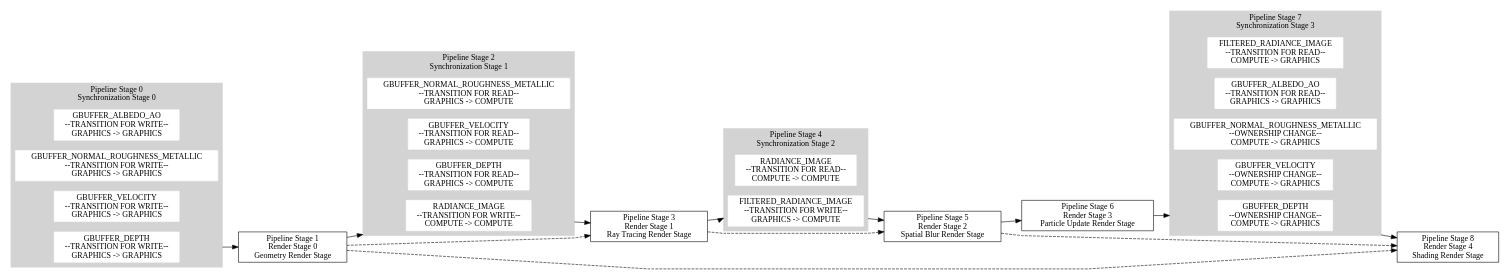
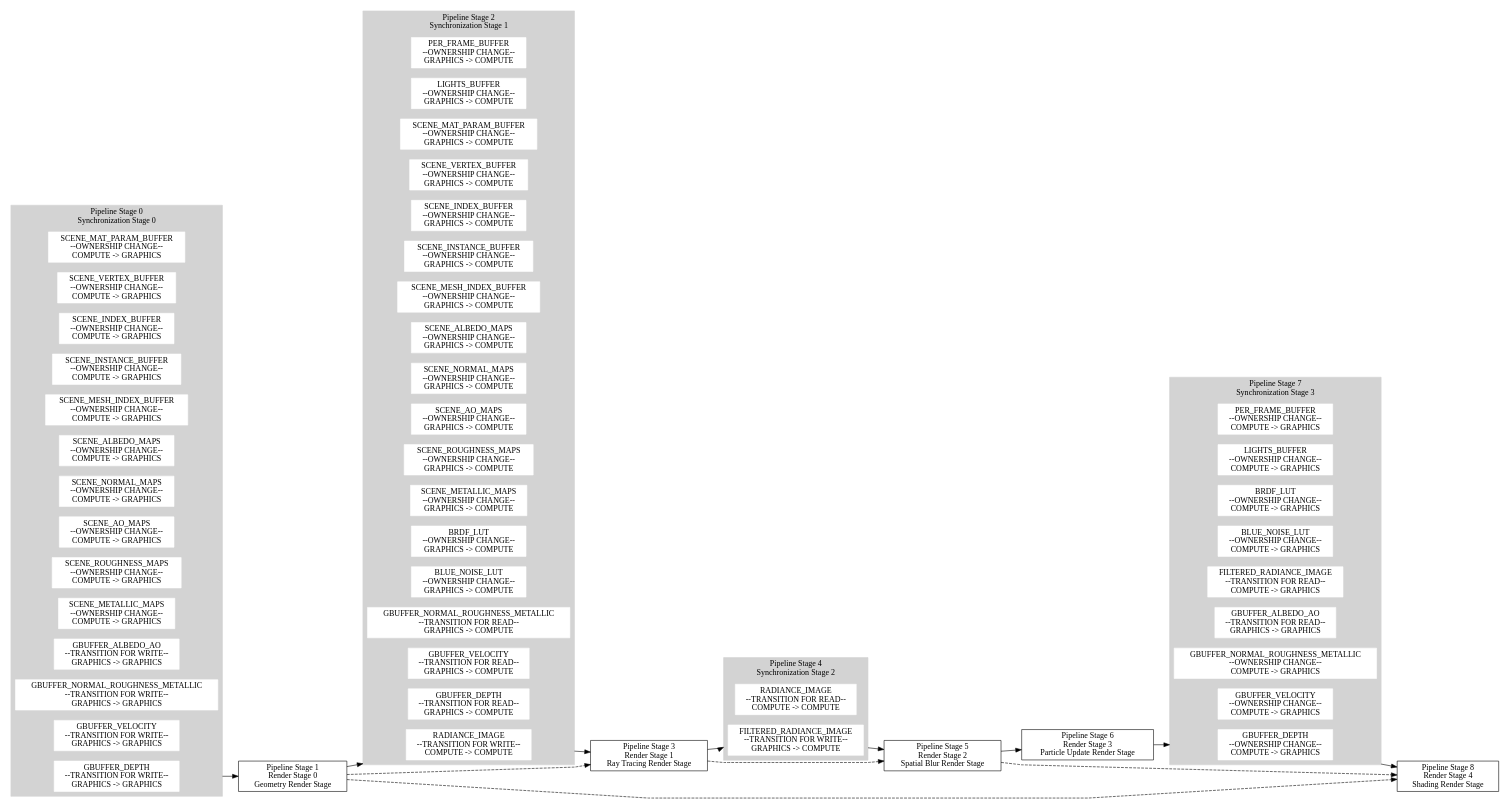
Before and after one commit to IbexOmega/CrazyCanvas: the diagram in Sandbox/rs_ord_test_render_graph.dot, drawn with Graphviz. The commit also changed 9 other files, not shown here.

```diff
--- a/Sandbox/rs_ord_test_render_graph.dot
+++ b/Sandbox/rs_ord_test_render_graph.dot
@@ -1,61 +1,89 @@
 digraph G {
 compound=true;
 	rankdir = LR;
 	splines=polyline
 	subgraph cluster0{
 		node [style=filled,color=white];
 		style = filled;
 		color = lightgrey;
 		label = "Pipeline Stage 0\nSynchronization Stage 0";
-		as0 [shape=box,label="GBUFFER_ALBEDO_AO\n--TRANSITION FOR WRITE--\nGRAPHICS -> GRAPHICS"];
-		as1 [shape=box,label="GBUFFER_NORMAL_ROUGHNESS_METALLIC\n--TRANSITION FOR WRITE--\nGRAPHICS -> GRAPHICS"];
-		as2 [shape=box,label="GBUFFER_VELOCITY\n--TRANSITION FOR WRITE--\nGRAPHICS -> GRAPHICS"];
-		as3 [shape=box,label="GBUFFER_DEPTH\n--TRANSITION FOR WRITE--\nGRAPHICS -> GRAPHICS"];
+		as0 [shape=box,label="SCENE_MAT_PARAM_BUFFER\n--OWNERSHIP CHANGE--\nCOMPUTE -> GRAPHICS"];
+		as1 [shape=box,label="SCENE_VERTEX_BUFFER\n--OWNERSHIP CHANGE--\nCOMPUTE -> GRAPHICS"];
+		as2 [shape=box,label="SCENE_INDEX_BUFFER\n--OWNERSHIP CHANGE--\nCOMPUTE -> GRAPHICS"];
+		as3 [shape=box,label="SCENE_INSTANCE_BUFFER\n--OWNERSHIP CHANGE--\nCOMPUTE -> GRAPHICS"];
+		as4 [shape=box,label="SCENE_MESH_INDEX_BUFFER\n--OWNERSHIP CHANGE--\nCOMPUTE -> GRAPHICS"];
+		as5 [shape=box,label="SCENE_ALBEDO_MAPS\n--OWNERSHIP CHANGE--\nCOMPUTE -> GRAPHICS"];
+		as6 [shape=box,label="SCENE_NORMAL_MAPS\n--OWNERSHIP CHANGE--\nCOMPUTE -> GRAPHICS"];
+		as7 [shape=box,label="SCENE_AO_MAPS\n--OWNERSHIP CHANGE--\nCOMPUTE -> GRAPHICS"];
+		as8 [shape=box,label="SCENE_ROUGHNESS_MAPS\n--OWNERSHIP CHANGE--\nCOMPUTE -> GRAPHICS"];
+		as9 [shape=box,label="SCENE_METALLIC_MAPS\n--OWNERSHIP CHANGE--\nCOMPUTE -> GRAPHICS"];
+		as10 [shape=box,label="GBUFFER_ALBEDO_AO\n--TRANSITION FOR WRITE--\nGRAPHICS -> GRAPHICS"];
+		as11 [shape=box,label="GBUFFER_NORMAL_ROUGHNESS_METALLIC\n--TRANSITION FOR WRITE--\nGRAPHICS -> GRAPHICS"];
+		as12 [shape=box,label="GBUFFER_VELOCITY\n--TRANSITION FOR WRITE--\nGRAPHICS -> GRAPHICS"];
+		as13 [shape=box,label="GBUFFER_DEPTH\n--TRANSITION FOR WRITE--\nGRAPHICS -> GRAPHICS"];
 	}
 	rs0 [shape = box, label = "Pipeline Stage 1\nRender Stage 0\nGeometry Render Stage"];
 	subgraph cluster1{
 		node [style=filled,color=white];
 		style = filled;
 		color = lightgrey;
 		label = "Pipeline Stage 2\nSynchronization Stage 1";
-		as4 [shape=box,label="GBUFFER_NORMAL_ROUGHNESS_METALLIC\n--TRANSITION FOR READ--\nGRAPHICS -> COMPUTE"];
-		as5 [shape=box,label="GBUFFER_VELOCITY\n--TRANSITION FOR READ--\nGRAPHICS -> COMPUTE"];
-		as6 [shape=box,label="GBUFFER_DEPTH\n--TRANSITION FOR READ--\nGRAPHICS -> COMPUTE"];
-		as7 [shape=box,label="RADIANCE_IMAGE\n--TRANSITION FOR WRITE--\nCOMPUTE -> COMPUTE"];
+		as14 [shape=box,label="PER_FRAME_BUFFER\n--OWNERSHIP CHANGE--\nGRAPHICS -> COMPUTE"];
+		as15 [shape=box,label="LIGHTS_BUFFER\n--OWNERSHIP CHANGE--\nGRAPHICS -> COMPUTE"];
+		as16 [shape=box,label="SCENE_MAT_PARAM_BUFFER\n--OWNERSHIP CHANGE--\nGRAPHICS -> COMPUTE"];
+		as17 [shape=box,label="SCENE_VERTEX_BUFFER\n--OWNERSHIP CHANGE--\nGRAPHICS -> COMPUTE"];
+		as18 [shape=box,label="SCENE_INDEX_BUFFER\n--OWNERSHIP CHANGE--\nGRAPHICS -> COMPUTE"];
+		as19 [shape=box,label="SCENE_INSTANCE_BUFFER\n--OWNERSHIP CHANGE--\nGRAPHICS -> COMPUTE"];
+		as20 [shape=box,label="SCENE_MESH_INDEX_BUFFER\n--OWNERSHIP CHANGE--\nGRAPHICS -> COMPUTE"];
+		as21 [shape=box,label="SCENE_ALBEDO_MAPS\n--OWNERSHIP CHANGE--\nGRAPHICS -> COMPUTE"];
+		as22 [shape=box,label="SCENE_NORMAL_MAPS\n--OWNERSHIP CHANGE--\nGRAPHICS -> COMPUTE"];
+		as23 [shape=box,label="SCENE_AO_MAPS\n--OWNERSHIP CHANGE--\nGRAPHICS -> COMPUTE"];
+		as24 [shape=box,label="SCENE_ROUGHNESS_MAPS\n--OWNERSHIP CHANGE--\nGRAPHICS -> COMPUTE"];
+		as25 [shape=box,label="SCENE_METALLIC_MAPS\n--OWNERSHIP CHANGE--\nGRAPHICS -> COMPUTE"];
+		as26 [shape=box,label="BRDF_LUT\n--OWNERSHIP CHANGE--\nGRAPHICS -> COMPUTE"];
+		as27 [shape=box,label="BLUE_NOISE_LUT\n--OWNERSHIP CHANGE--\nGRAPHICS -> COMPUTE"];
+		as28 [shape=box,label="GBUFFER_NORMAL_ROUGHNESS_METALLIC\n--TRANSITION FOR READ--\nGRAPHICS -> COMPUTE"];
+		as29 [shape=box,label="GBUFFER_VELOCITY\n--TRANSITION FOR READ--\nGRAPHICS -> COMPUTE"];
+		as30 [shape=box,label="GBUFFER_DEPTH\n--TRANSITION FOR READ--\nGRAPHICS -> COMPUTE"];
+		as31 [shape=box,label="RADIANCE_IMAGE\n--TRANSITION FOR WRITE--\nCOMPUTE -> COMPUTE"];
 	}
 	rs1 [shape = box, label = "Pipeline Stage 3\nRender Stage 1\nRay Tracing Render Stage"];
 	subgraph cluster2{
 		node [style=filled,color=white];
 		style = filled;
 		color = lightgrey;
 		label = "Pipeline Stage 4\nSynchronization Stage 2";
-		as8 [shape=box,label="RADIANCE_IMAGE\n--TRANSITION FOR READ--\nCOMPUTE -> COMPUTE"];
-		as9 [shape=box,label="FILTERED_RADIANCE_IMAGE\n--TRANSITION FOR WRITE--\nGRAPHICS -> COMPUTE"];
+		as32 [shape=box,label="RADIANCE_IMAGE\n--TRANSITION FOR READ--\nCOMPUTE -> COMPUTE"];
+		as33 [shape=box,label="FILTERED_RADIANCE_IMAGE\n--TRANSITION FOR WRITE--\nGRAPHICS -> COMPUTE"];
 	}
 	rs2 [shape = box, label = "Pipeline Stage 5\nRender Stage 2\nSpatial Blur Render Stage"];
 	rs3 [shape = box, label = "Pipeline Stage 6\nRender Stage 3\nParticle Update Render Stage"];
 	subgraph cluster3{
 		node [style=filled,color=white];
 		style = filled;
 		color = lightgrey;
 		label = "Pipeline Stage 7\nSynchronization Stage 3";
-		as10 [shape=box,label="FILTERED_RADIANCE_IMAGE\n--TRANSITION FOR READ--\nCOMPUTE -> GRAPHICS"];
-		as11 [shape=box,label="GBUFFER_ALBEDO_AO\n--TRANSITION FOR READ--\nGRAPHICS -> GRAPHICS"];
-		as12 [shape=box,label="GBUFFER_NORMAL_ROUGHNESS_METALLIC\n--OWNERSHIP CHANGE--\nCOMPUTE -> GRAPHICS"];
-		as13 [shape=box,label="GBUFFER_VELOCITY\n--OWNERSHIP CHANGE--\nCOMPUTE -> GRAPHICS"];
-		as14 [shape=box,label="GBUFFER_DEPTH\n--OWNERSHIP CHANGE--\nCOMPUTE -> GRAPHICS"];
+		as34 [shape=box,label="PER_FRAME_BUFFER\n--OWNERSHIP CHANGE--\nCOMPUTE -> GRAPHICS"];
+		as35 [shape=box,label="LIGHTS_BUFFER\n--OWNERSHIP CHANGE--\nCOMPUTE -> GRAPHICS"];
+		as36 [shape=box,label="BRDF_LUT\n--OWNERSHIP CHANGE--\nCOMPUTE -> GRAPHICS"];
+		as37 [shape=box,label="BLUE_NOISE_LUT\n--OWNERSHIP CHANGE--\nCOMPUTE -> GRAPHICS"];
+		as38 [shape=box,label="FILTERED_RADIANCE_IMAGE\n--TRANSITION FOR READ--\nCOMPUTE -> GRAPHICS"];
+		as39 [shape=box,label="GBUFFER_ALBEDO_AO\n--TRANSITION FOR READ--\nGRAPHICS -> GRAPHICS"];
+		as40 [shape=box,label="GBUFFER_NORMAL_ROUGHNESS_METALLIC\n--OWNERSHIP CHANGE--\nCOMPUTE -> GRAPHICS"];
+		as41 [shape=box,label="GBUFFER_VELOCITY\n--OWNERSHIP CHANGE--\nCOMPUTE -> GRAPHICS"];
+		as42 [shape=box,label="GBUFFER_DEPTH\n--OWNERSHIP CHANGE--\nCOMPUTE -> GRAPHICS"];
 	}
 	rs4 [shape = box, label = "Pipeline Stage 8\nRender Stage 4\nShading Render Stage"];
-	as3 -> rs0[ltail=cluster0];
-	rs0 -> as7[lhead=cluster1];
-	as7 -> rs1[ltail=cluster1];
-	rs1 -> as9[lhead=cluster2];
-	as9 -> rs2[ltail=cluster2];
+	as13 -> rs0[ltail=cluster0];
+	rs0 -> as31[lhead=cluster1];
+	as31 -> rs1[ltail=cluster1];
+	rs1 -> as33[lhead=cluster2];
+	as33 -> rs2[ltail=cluster2];
 	rs2 -> rs3
-	rs3 -> as14[lhead=cluster3];
-	as14 -> rs4[ltail=cluster3];
+	rs3 -> as42[lhead=cluster3];
+	as42 -> rs4[ltail=cluster3];
+	rs0 -> rs1[style=dashed];
 	rs0 -> rs4[style=dashed];
-	rs0 -> rs1[style=dashed];
 	rs1 -> rs2[style=dashed];
 	rs2 -> rs4[style=dashed];
 }
```
